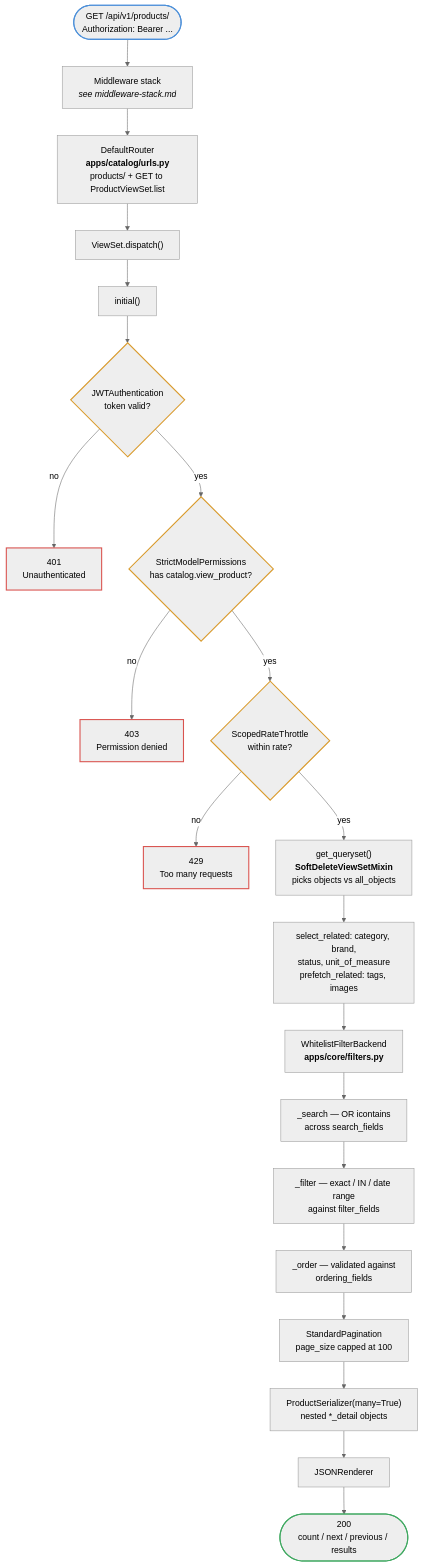
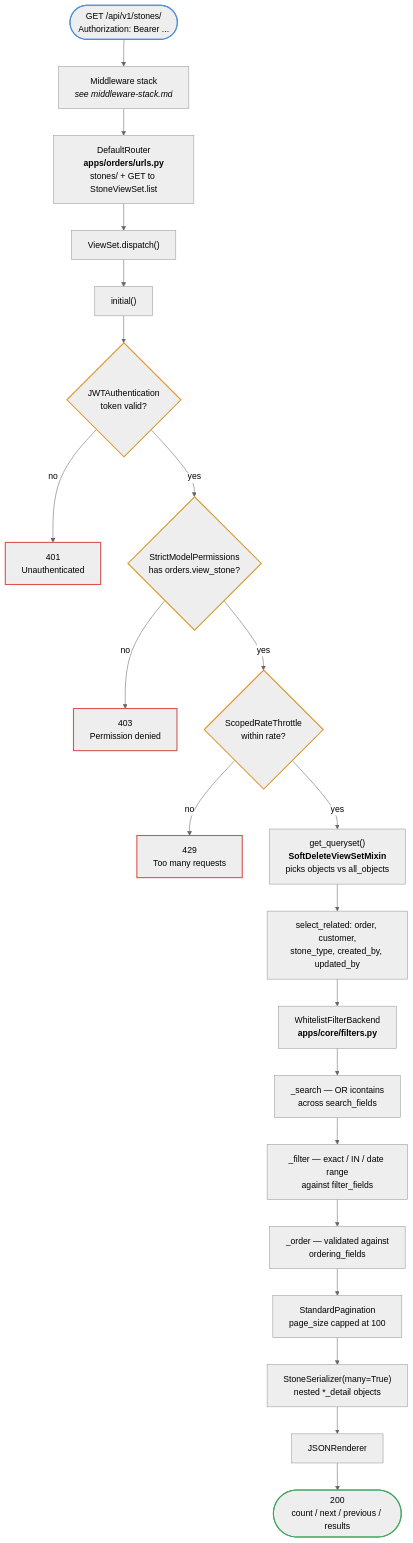
One commit to TGCTZ/TGC-SERVICE-BACKEND changed the diagram in docs/diagrams/read-request.md. Above: the diagram before and after it, drawn with Mermaid (neutral theme). The commit also changed other lines of this file and 144 other files, not shown here.

````diff
--- a/docs/diagrams/read-request.md
+++ b/docs/diagrams/read-request.md
@@ -5,44 +5,44 @@
 ```mermaid
 flowchart TD
-    REQ(["GET /api/v1/products/<br/>Authorization: Bearer ..."]) --> MW
+    REQ(["GET /api/v1/stones/<br/>Authorization: Bearer ..."]) --> MW
 
     MW["Middleware stack<br/><i>see middleware-stack.md</i>"]
-    MW --> ROUTE["DefaultRouter<br/><b>apps/catalog/urls.py</b><br/>products/ + GET to ProductViewSet.list"]
+    MW --> ROUTE["DefaultRouter<br/><b>apps/orders/urls.py</b><br/>stones/ + GET to StoneViewSet.list"]
     ROUTE --> DISPATCH["ViewSet.dispatch()"]
     DISPATCH --> INITIAL["initial()"]
 
     INITIAL --> AUTHN{"JWTAuthentication<br/>token valid?"}
     AUTHN -->|no| E401["401<br/>Unauthenticated"]
     AUTHN -->|yes| PERM
 
-    PERM{"StrictModelPermissions<br/>has catalog.view_product?"}
+    PERM{"StrictModelPermissions<br/>has orders.view_stone?"}
     PERM -->|no| E403["403<br/>Permission denied"]
     PERM -->|yes| THROTTLE
 
     THROTTLE{"ScopedRateThrottle<br/>within rate?"}
     THROTTLE -->|no| E429["429<br/>Too many requests"]
     THROTTLE -->|yes| QS
 
     QS["get_queryset()<br/><b>SoftDeleteViewSetMixin</b><br/>picks objects vs all_objects"]
-    QS --> EAGER["select_related: category, brand,<br/>status, unit_of_measure<br/>prefetch_related: tags, images"]
+    QS --> EAGER["select_related: order, customer,<br/>stone_type, created_by, updated_by"]
     EAGER --> FILTER
 
     FILTER["WhitelistFilterBackend<br/><b>apps/core/filters.py</b>"]
     FILTER --> F1["_search — OR icontains<br/>across search_fields"]
     F1 --> F2["_filter — exact / IN / date range<br/>against filter_fields"]
     F2 --> F3["_order — validated against<br/>ordering_fields"]
 
     F3 --> PAGE["StandardPagination<br/>page_size capped at 100"]
-    PAGE --> SER["ProductSerializer(many=True)<br/>nested *_detail objects"]
+    PAGE --> SER["StoneSerializer(many=True)<br/>nested *_detail objects"]
     SER --> RENDER["JSONRenderer"]
     RENDER --> OK(["200<br/>count / next / previous / results"])
 
     style REQ stroke:#4d90d9,stroke-width:2px
     style OK stroke:#3fa860,stroke-width:2px
     style AUTHN stroke:#d99a2b,stroke-width:2px
     style PERM stroke:#d99a2b,stroke-width:2px
     style THROTTLE stroke:#d99a2b,stroke-width:2px
     style E401 stroke:#d9534f,stroke-width:2px
     style E403 stroke:#d9534f,stroke-width:2px
     style E429 stroke:#d9534f,stroke-width:2px
 ```
````
